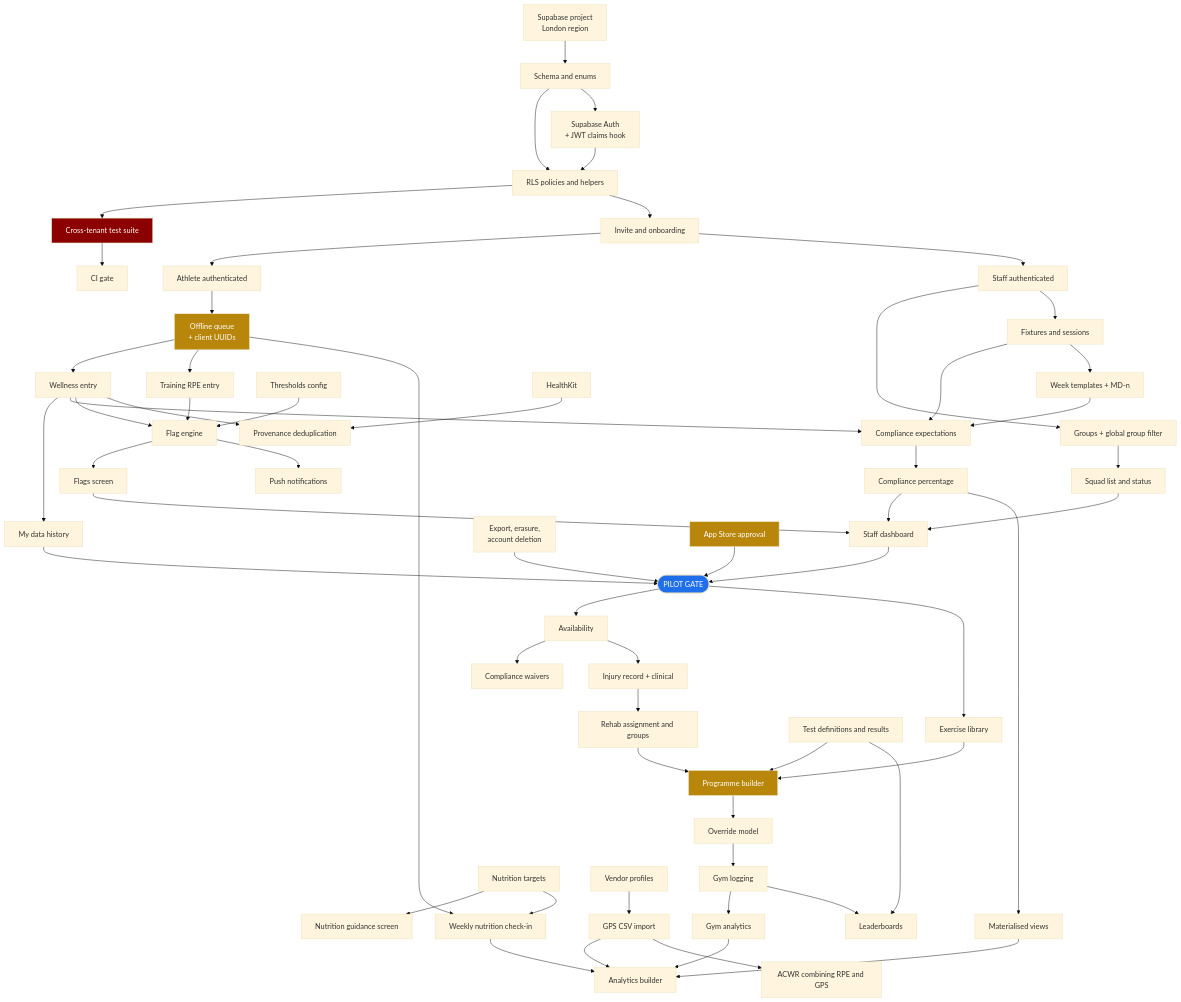
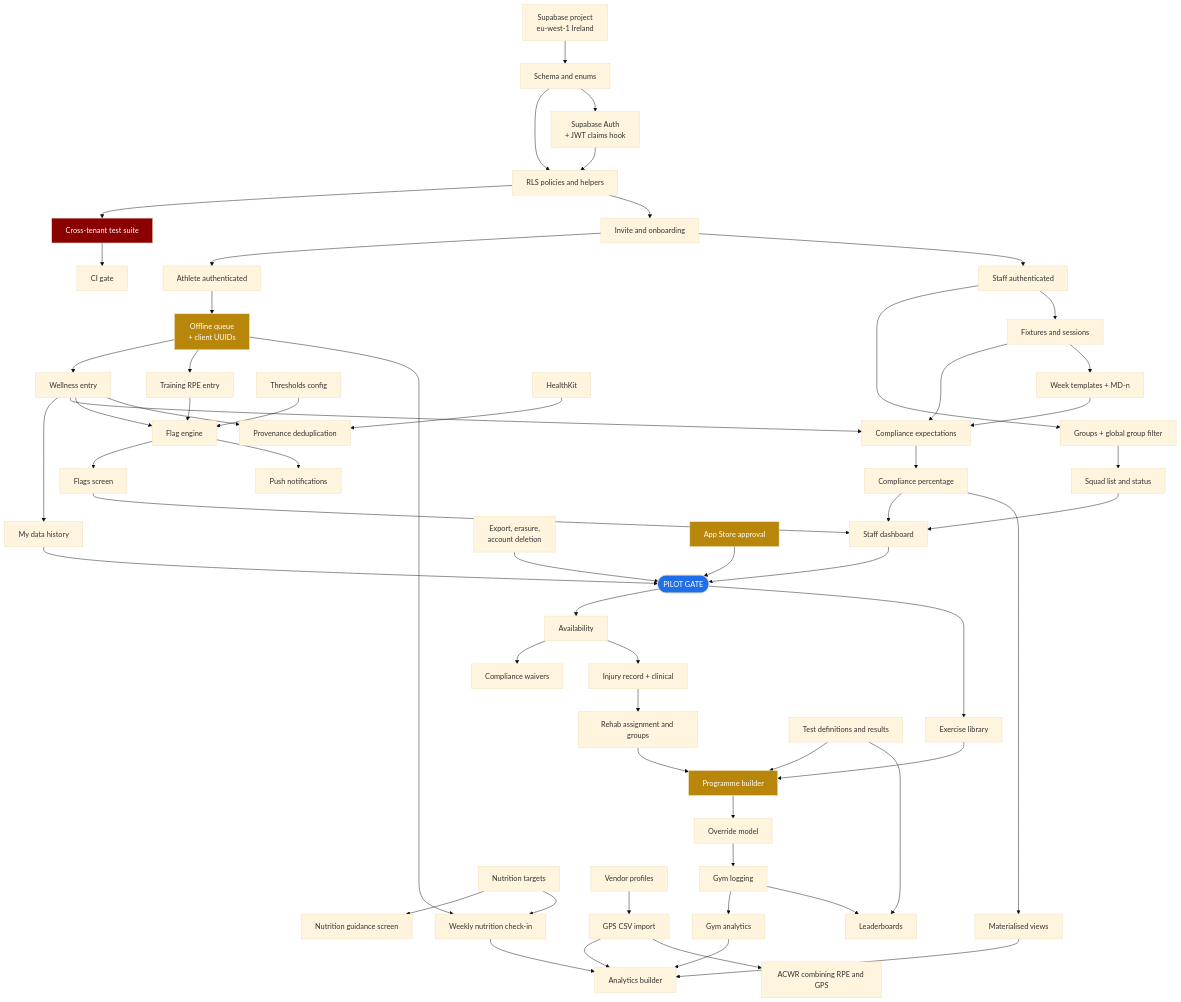
The second of 2 diagrams in docs/10-roadmap.md (isabellasale212/FYDR), drawn with Mermaid (base theme) before and after one commit. The commit also changed other lines of this file and 4 other files, not shown here.

````diff
--- a/docs/10-roadmap.md
+++ b/docs/10-roadmap.md
@@ -541,77 +541,77 @@
 ```mermaid
 graph TD
-    SUPA[Supabase project<br/>London region] --> SCHEMA[Schema and enums]
+    SUPA[Supabase project<br/>eu-west-1 Ireland] --> SCHEMA[Schema and enums]
     SCHEMA --> RLS[RLS policies and helpers]
     AUTH[Supabase Auth<br/>+ JWT claims hook] --> RLS
     SCHEMA --> AUTH
     RLS --> XTEST[Cross-tenant test suite]
     XTEST --> CI[CI gate]
 
     RLS --> INVITE[Invite and onboarding]
     INVITE --> ATHAUTH[Athlete authenticated]
     INVITE --> STAFFAUTH[Staff authenticated]
 
     ATHAUTH --> OFFLINE[Offline queue<br/>+ client UUIDs]
     OFFLINE --> WELL[Wellness entry]
     OFFLINE --> RPE[Training RPE entry]
     WELL --> HIST[My data history]
 
     STAFFAUTH --> GROUPS[Groups + global group filter]
     GROUPS --> SQUAD[Squad list and status]
     STAFFAUTH --> SCHED[Fixtures and sessions]
     SCHED --> EXPECT[Compliance expectations]
     WELL --> EXPECT
     EXPECT --> COMPL[Compliance percentage]
 
     WELL --> ENGINE[Flag engine]
     RPE --> ENGINE
     THRESH[Thresholds config] --> ENGINE
     ENGINE --> FLAGS[Flags screen]
     COMPL --> DASH[Staff dashboard]
     FLAGS --> DASH
     SQUAD --> DASH
     ENGINE --> PUSH[Push notifications]
 
     DASH --> PILOT([PILOT GATE])
     HIST --> PILOT
     RIGHTS[Export, erasure,<br/>account deletion] --> PILOT
     STORE[App Store approval] --> PILOT
 
     PILOT --> AVAIL[Availability]
     AVAIL --> WAIVE[Compliance waivers]
     SCHED --> WKTMPL[Week templates + MD-n]
     WKTMPL --> EXPECT
 
     AVAIL --> INJURY[Injury record + clinical]
     INJURY --> REHAB[Rehab assignment and groups]
 
     PILOT --> EXLIB[Exercise library]
     EXLIB --> PROGB[Programme builder]
     PROGB --> OVERRIDE[Override model]
     OVERRIDE --> GYMLOG[Gym logging]
     GYMLOG --> GYMANL[Gym analytics]
     TESTING[Test definitions and results] --> PROGB
     REHAB --> PROGB
 
     NUTRT[Nutrition targets] --> NUTRG[Nutrition guidance screen]
     NUTRT --> NUTCK[Weekly nutrition check-in]
     OFFLINE --> NUTCK
     NUTCK --> ANALYT
     GYMLOG --> LEAD[Leaderboards]
     TESTING --> LEAD
 
     MATV[Materialised views] --> ANALYT[Analytics builder]
     COMPL --> MATV
     GYMANL --> ANALYT
     GPS[GPS CSV import] --> ANALYT
     VPROF[Vendor profiles] --> GPS
     GPS --> ACWR[ACWR combining RPE and GPS]
     HK[HealthKit] --> DEDUP[Provenance deduplication]
     WELL --> DEDUP
 
     style XTEST fill:#8b0000,color:#fff
     style OFFLINE fill:#b8860b,color:#fff
     style PILOT fill:#1f6feb,color:#fff
     style PROGB fill:#b8860b,color:#fff
     style STORE fill:#b8860b,color:#fff
 ```
````
